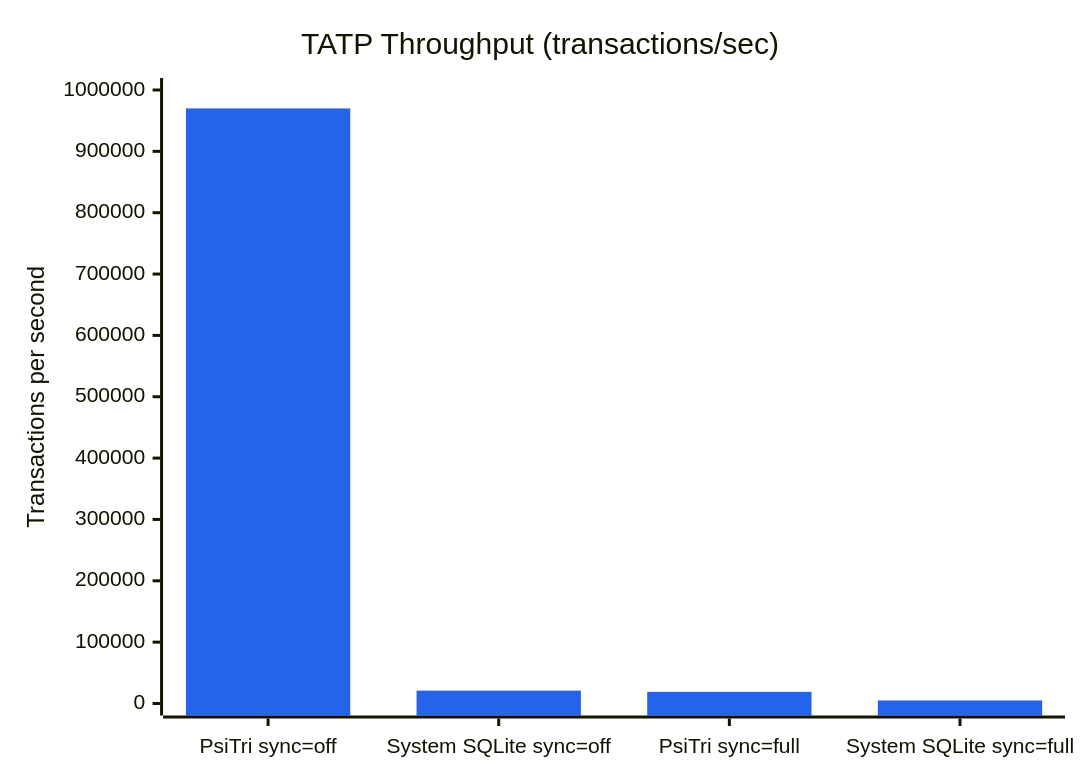
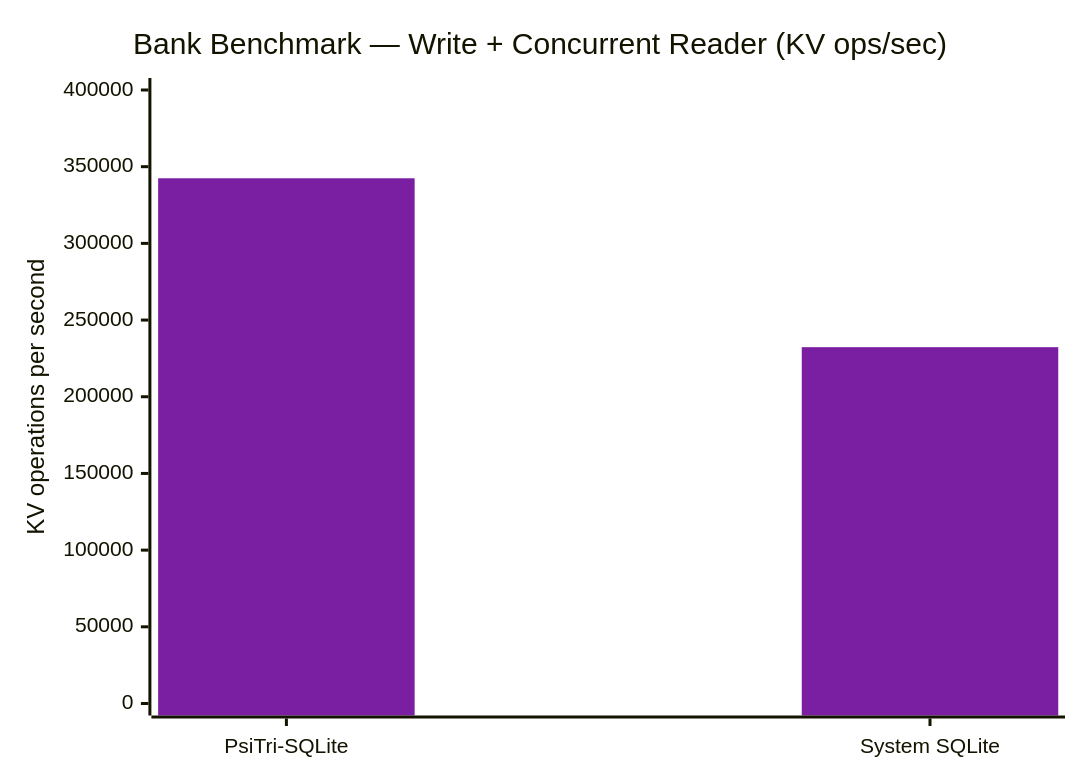
One commit to gofractally/arbtrie changed the diagram in docs/getting-started/sqlite-migration.md. Above: the diagram before and after it, drawn with Mermaid. The commit also changed other lines of this file and 2 other files, not shown here.

First line of the commit message:
Update docs with single-root SQLite design and benchmark results

````diff
--- a/docs/getting-started/sqlite-migration.md
+++ b/docs/getting-started/sqlite-migration.md
@@ -139,8 +141,8 @@
 ```mermaid
-%%{init: {'theme': 'base', 'themeVariables': {'xyChart': {'plotColorPalette': '#2563EB'}}}}%%
+%%{init: {'theme': 'base', 'themeVariables': {'xyChart': {'plotColorPalette': '#7b1fa2,#1565c0'}}}}%%
 xychart-beta
-    title "TATP Throughput (transactions/sec)"
-    x-axis ["PsiTri sync=off", "System SQLite sync=off", "PsiTri sync=full", "System SQLite sync=full"]
-    y-axis "Transactions per second" 0 --> 1000000
-    bar [970000, 21000, 19000, 5000]
+    title "Bank Benchmark — Write + Concurrent Reader (KV ops/sec)"
+    x-axis ["PsiTri-SQLite", "System SQLite"]
+    y-axis "KV operations per second" 0 --> 400000
+    bar [342445, 232330]
 ```
````
